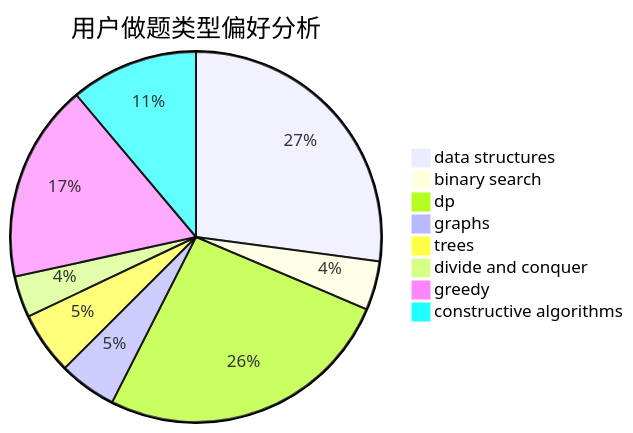
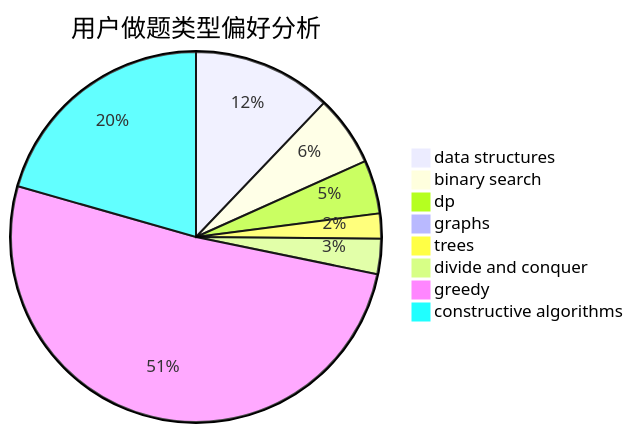
The second of 3 diagrams in docs/user/u329.md (sherpahu/cfrs.github.io), drawn with Mermaid before and after one commit. The commit also changed other lines of this file and 2770 other files, not shown here.

````diff
--- a/docs/user/u329.md
+++ b/docs/user/u329.md
@@ -23,11 +23,11 @@
 ```mermaid
 pie title 用户做题类型偏好分析
-    "data structures" :  533
-    "binary search" :  84
-    "dp" :  513
-    "graphs" :  99
-    "trees" :  107
-    "divide and conquer" :  71
-    "greedy" :  340
-    "constructive algorithms" :  219
+    "data structures" :  122
+    "binary search" :  62
+    "dp" :  47
+    "graphs" :  7
+    "trees" :  22
+    "divide and conquer" :  31
+    "greedy" :  515
+    "constructive algorithms" :  207
 ```
````
